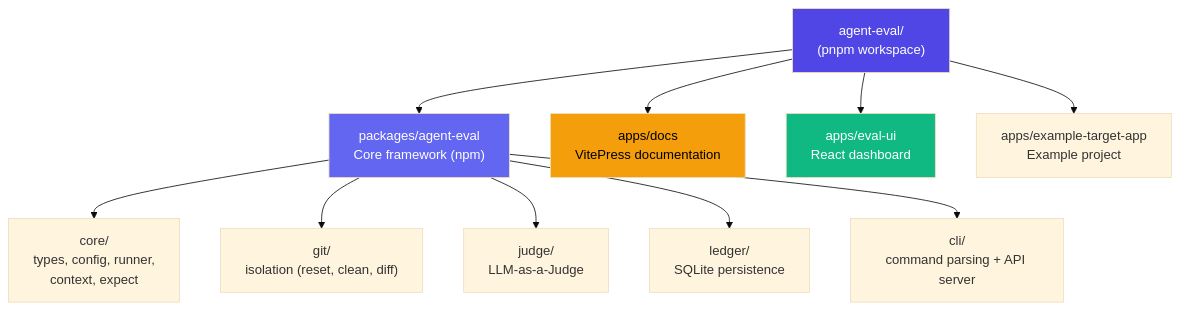
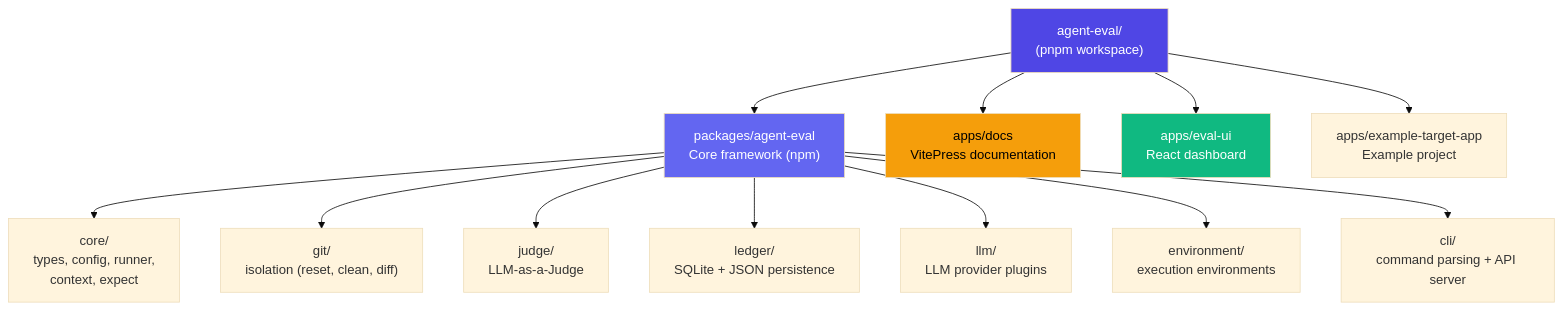
The first of 5 diagrams in apps/docs/guide/architecture.md (Tlahey/agent-eval), drawn with Mermaid (base theme) before and after one commit. The commit also changed other lines of this file and 38 other files, not shown here.

First line of the commit message:
feat(plugins): SOLID plugin architecture for ledger and LLM (Phase 19) (#1)

````diff
--- a/apps/docs/guide/architecture.md
+++ b/apps/docs/guide/architecture.md
@@ -7,19 +7,21 @@
 ```mermaid
 flowchart TD
     ROOT["agent-eval/\n(pnpm workspace)"]
     ROOT --> PKG["packages/agent-eval\nCore framework (npm)"]
     ROOT --> DOCS["apps/docs\nVitePress documentation"]
     ROOT --> UI["apps/eval-ui\nReact dashboard"]
     ROOT --> EXAMPLE["apps/example-target-app\nExample project"]
 
     PKG --> CORE["core/\ntypes, config, runner,\ncontext, expect"]
     PKG --> GIT["git/\nisolation (reset, clean, diff)"]
     PKG --> JUDGE["judge/\nLLM-as-a-Judge"]
-    PKG --> LEDGER["ledger/\nSQLite persistence"]
+    PKG --> LEDGER["ledger/\nSQLite + JSON persistence"]
+    PKG --> LLM["llm/\nLLM provider plugins"]
+    PKG --> ENV["environment/\nexecution environments"]
     PKG --> CLI["cli/\ncommand parsing + API server"]
 
     style ROOT fill:#4f46e5,color:#fff
     style PKG fill:#6366f1,color:#fff
     style UI fill:#10b981,color:#fff
     style DOCS fill:#f59e0b,color:#000
 ```
````
